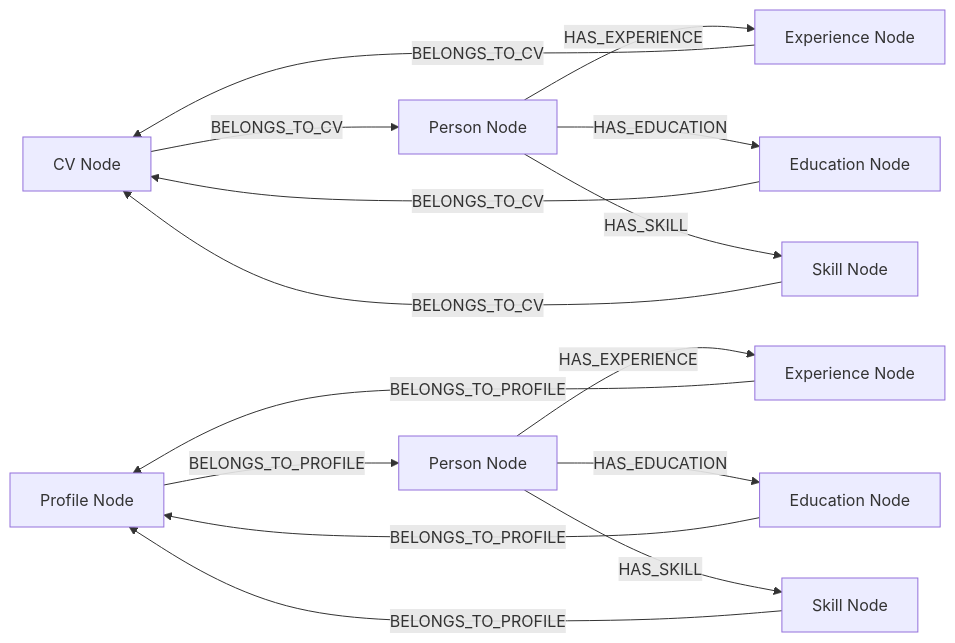
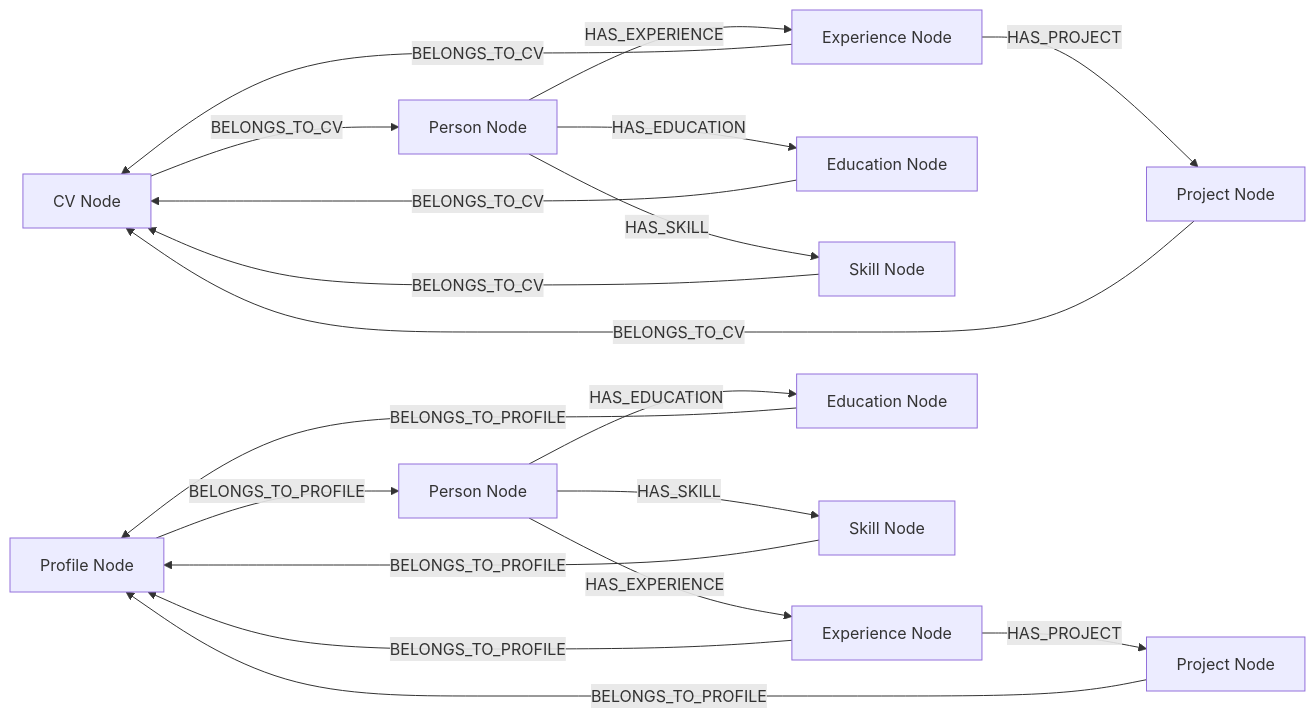
One commit to cocodedk/cv-generator changed the diagram in docs/backend/database-schema.md. Above: the diagram before and after it, drawn with Mermaid. The commit also changed other lines of this file and 44 other files, not shown here.

````diff
--- a/docs/backend/database-schema.md
+++ b/docs/backend/database-schema.md
@@ -7,17 +7,21 @@
 ```mermaid
 graph LR
     CV[CV Node] -->|BELONGS_TO_CV| Person[Person Node]
     Person -->|HAS_EXPERIENCE| Exp[Experience Node]
+    Exp -->|HAS_PROJECT| Proj[Project Node]
     Person -->|HAS_EDUCATION| Edu[Education Node]
     Person -->|HAS_SKILL| Skill[Skill Node]
     Exp -->|BELONGS_TO_CV| CV
+    Proj -->|BELONGS_TO_CV| CV
     Edu -->|BELONGS_TO_CV| CV
     Skill -->|BELONGS_TO_CV| CV
     Profile[Profile Node] -->|BELONGS_TO_PROFILE| Person2[Person Node]
     Person2 -->|HAS_EXPERIENCE| Exp2[Experience Node]
+    Exp2 -->|HAS_PROJECT| Proj2[Project Node]
     Person2 -->|HAS_EDUCATION| Edu2[Education Node]
     Person2 -->|HAS_SKILL| Skill2[Skill Node]
     Exp2 -->|BELONGS_TO_PROFILE| Profile
+    Proj2 -->|BELONGS_TO_PROFILE| Profile
     Edu2 -->|BELONGS_TO_PROFILE| Profile
     Skill2 -->|BELONGS_TO_PROFILE| Profile
 ```
````
